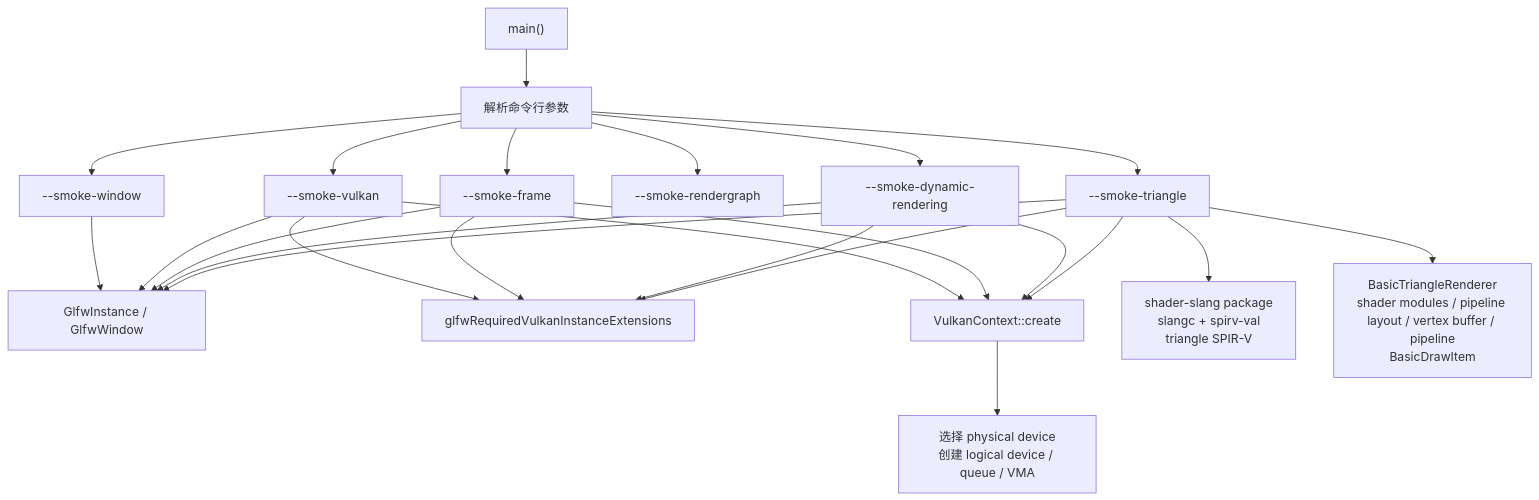
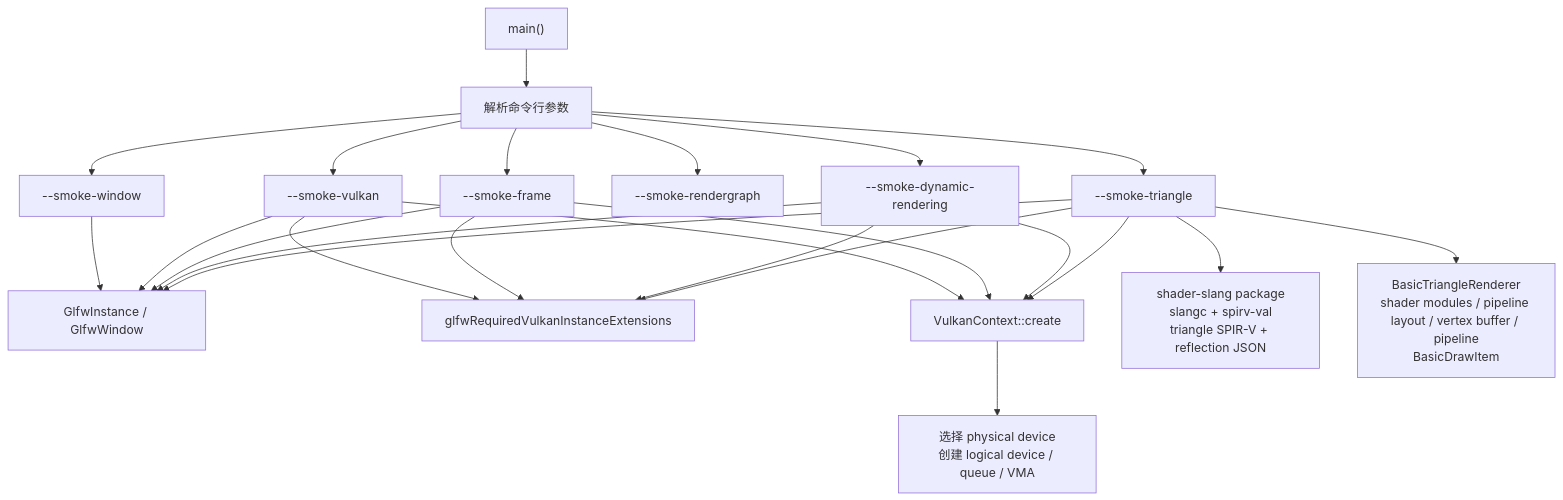
Before and after one commit to 66six11/Engine: the second of 9 diagrams in docs/flow-architecture.md, drawn with Mermaid. The commit also changed other lines of this file and 5 other files, not shown here.

Commit message:
feat: add slang reflection outputs

````diff
--- a/docs/flow-architecture.md
+++ b/docs/flow-architecture.md
@@ -58,41 +58,41 @@
 ```mermaid
 flowchart TD
     Start["main()"]
     Args["解析命令行参数"]
     WindowSmoke["--smoke-window"]
     VulkanSmoke["--smoke-vulkan"]
     FrameSmoke["--smoke-frame"]
     RGSmoke["--smoke-rendergraph"]
     DynamicSmoke["--smoke-dynamic-rendering"]
     TriangleSmoke["--smoke-triangle"]
     GLFW["GlfwInstance / GlfwWindow"]
     Ext["glfwRequiredVulkanInstanceExtensions"]
     Context["VulkanContext::create"]
     Device["选择 physical device<br/>创建 logical device / queue / VMA"]
-    ShaderBuild["shader-slang package<br/>slangc + spirv-val<br/>triangle SPIR-V"]
+    ShaderBuild["shader-slang package<br/>slangc + spirv-val<br/>triangle SPIR-V + reflection JSON"]
     RendererObject["BasicTriangleRenderer<br/>shader modules / pipeline layout / vertex buffer / pipeline<br/>BasicDrawItem"]
 
     Start --> Args
     Args --> WindowSmoke
     Args --> VulkanSmoke
     Args --> FrameSmoke
     Args --> RGSmoke
     Args --> DynamicSmoke
     Args --> TriangleSmoke
     WindowSmoke --> GLFW
     VulkanSmoke --> GLFW
     VulkanSmoke --> Ext
     VulkanSmoke --> Context
     FrameSmoke --> GLFW
     FrameSmoke --> Ext
     FrameSmoke --> Context
     DynamicSmoke --> GLFW
     DynamicSmoke --> Ext
     DynamicSmoke --> Context
     TriangleSmoke --> GLFW
     TriangleSmoke --> Ext
     TriangleSmoke --> Context
     TriangleSmoke --> ShaderBuild
     TriangleSmoke --> RendererObject
     Context --> Device
 ```
````
